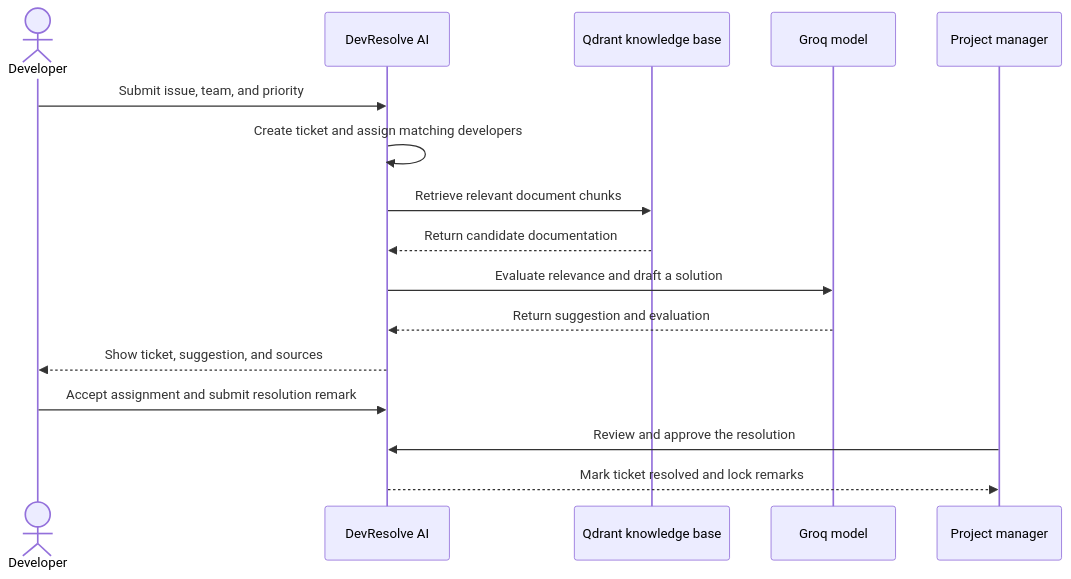
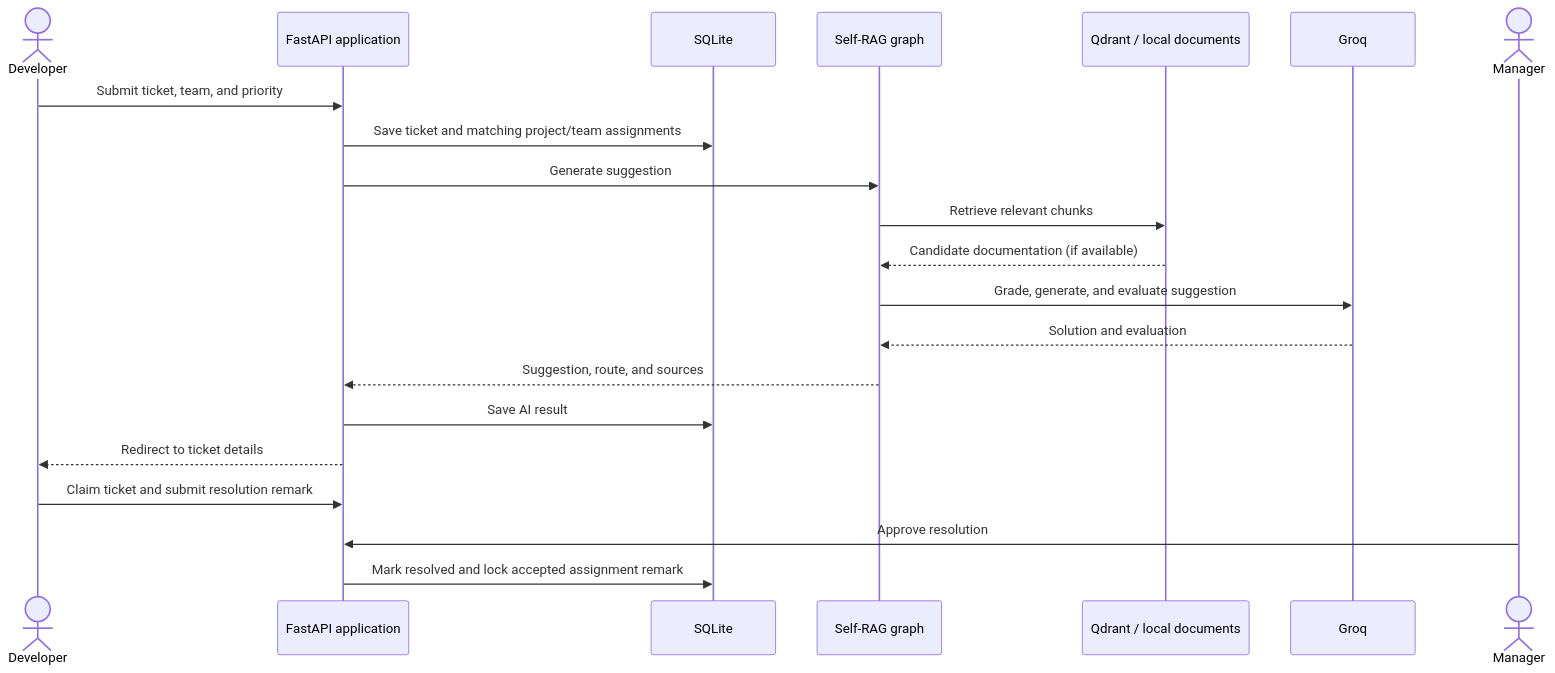
The second of 4 diagrams in README.md (Ashish29-glitch/DevResolve-AI), drawn with Mermaid before and after one commit. The commit also changed other lines of this file and 28 other files, not shown here.

````diff
--- a/README.md
+++ b/README.md
@@ -39,19 +48,24 @@
 ```mermaid
 sequenceDiagram
     actor Dev as Developer
-    participant App as DevResolve AI
-    participant Store as Qdrant knowledge base
-    participant Model as Groq model
-    participant Mgr as Project manager
+    participant App as FastAPI application
+    participant DB as SQLite
+    participant RAG as Self-RAG graph
+    participant Store as Qdrant / local documents
+    participant Model as Groq
+    actor Mgr as Manager
 
-    Dev->>App: Submit issue, team, and priority
-    App->>App: Create ticket and assign matching developers
-    App->>Store: Retrieve relevant document chunks
-    Store-->>App: Return candidate documentation
-    App->>Model: Evaluate relevance and draft a solution
-    Model-->>App: Return suggestion and evaluation
-    App-->>Dev: Show ticket, suggestion, and sources
-    Dev->>App: Accept assignment and submit resolution remark
-    Mgr->>App: Review and approve the resolution
-    App-->>Mgr: Mark ticket resolved and lock remarks
+    Dev->>App: Submit ticket, team, and priority
+    App->>DB: Save ticket and matching project/team assignments
+    App->>RAG: Generate suggestion
+    RAG->>Store: Retrieve relevant chunks
+    Store-->>RAG: Candidate documentation (if available)
+    RAG->>Model: Grade, generate, and evaluate suggestion
+    Model-->>RAG: Solution and evaluation
+    RAG-->>App: Suggestion, route, and sources
+    App->>DB: Save AI result
+    App-->>Dev: Redirect to ticket details
+    Dev->>App: Claim ticket and submit resolution remark
+    Mgr->>App: Approve resolution
+    App->>DB: Mark resolved and lock accepted assignment remark
 ```
````
